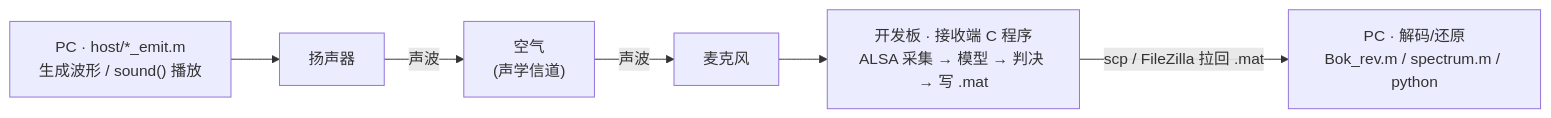
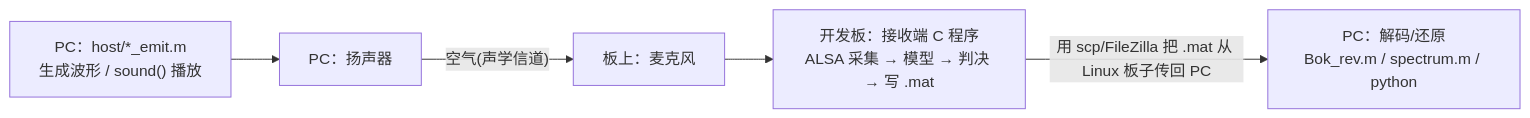
Before and after one commit to padhialuo0426/portable-acoustic-sdr: the diagram in documents/README.md, drawn with Mermaid. The commit also changed 2 other files, not shown here.

Commit message:
docs: 流程图节点标注对象归属，空气改为介质箭头标注
- 节点加「PC：/板上：」归属前缀(如 PC：扬声器、板上：麦克风)
- 传播介质「空气」不再用方框，仅作箭头标注
- scp 边写全：用 scp 命令把 <文件> 从 Linux 板子传回 PC
统一应用到全部四张流程图。

````diff
--- a/documents/README.md
+++ b/documents/README.md
@@ -34,12 +34,11 @@
 ```mermaid
 flowchart LR
-    emit["PC · host/*_emit.m<br/>生成波形 / sound() 播放"]
-    spk["扬声器"]
-    air["空气<br/>(声学信道)"]
-    mic["麦克风"]
-    rx["开发板 · 接收端 C 程序<br/>ALSA 采集 → 模型 → 判决 → 写 .mat"]
-    dec["PC · 解码/还原<br/>Bok_rev.m / spectrum.m / python"]
+    emit["PC：host/*_emit.m<br/>生成波形 / sound() 播放"]
+    spk["PC：扬声器"]
+    mic["板上：麦克风"]
+    rx["开发板：接收端 C 程序<br/>ALSA 采集 → 模型 → 判决 → 写 .mat"]
+    dec["PC：解码/还原<br/>Bok_rev.m / spectrum.m / python"]
 
-    emit --> spk -->|声波| air -->|声波| mic --> rx
-    rx -->|"scp / FileZilla 拉回 .mat"| dec
+    emit --> spk -->|"空气(声学信道)"| mic --> rx
+    rx -->|"用 scp/FileZilla 把 .mat 从 Linux 板子传回 PC"| dec
 ```
````
